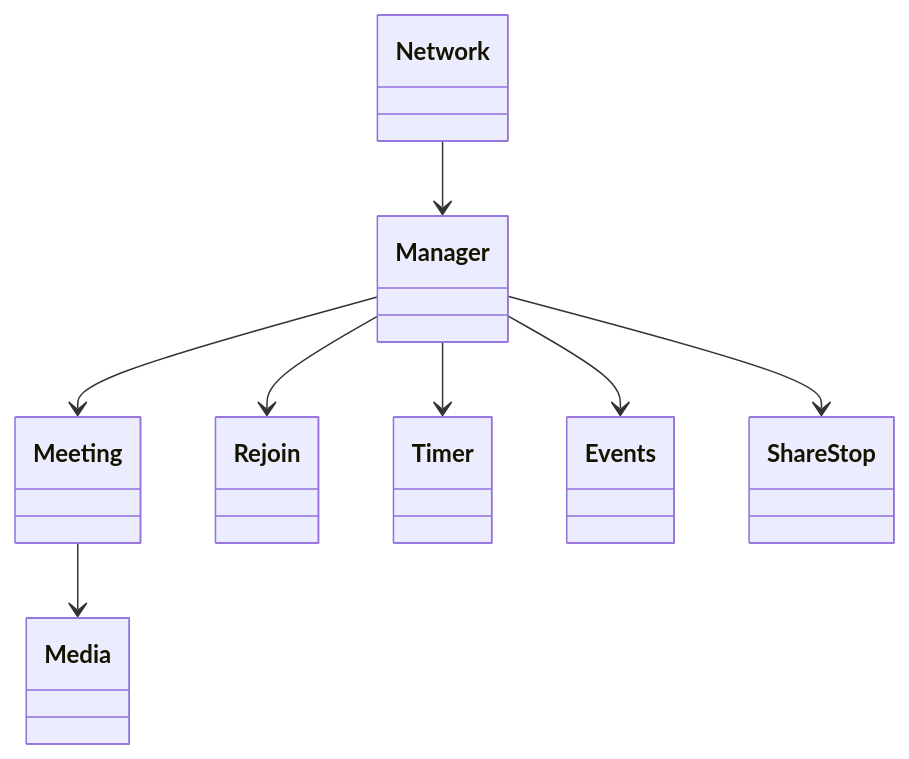
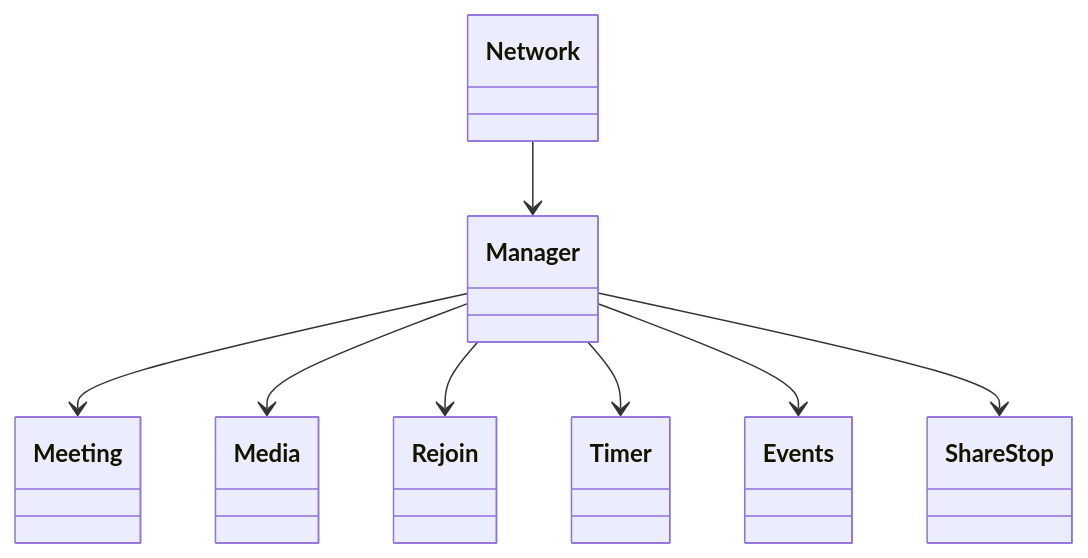
Before and after one commit to webex/webex-js-sdk: the fourth of 5 diagrams in packages/@webex/plugin-meetings/src/reconnection-manager/ai-docs/reconnection-manager-spec.md, drawn with Mermaid. The commit also changed other lines of this file and 24 other files, not shown here.

````diff
--- a/packages/@webex/plugin-meetings/src/reconnection-manager/ai-docs/reconnection-manager-spec.md
+++ b/packages/@webex/plugin-meetings/src/reconnection-manager/ai-docs/reconnection-manager-spec.md
@@ -153,18 +183,18 @@
 ```mermaid
 classDiagram
   class Network
   class Manager
   class Meeting
   class Media
   class Rejoin
   class Timer
   class Events
   class ShareStop
   Network --> Manager
   Manager --> Meeting
-  Meeting --> Media
+  Manager --> Media
   Manager --> Rejoin
   Manager --> Timer
   Manager --> Events
   Manager --> ShareStop
 ```
````
